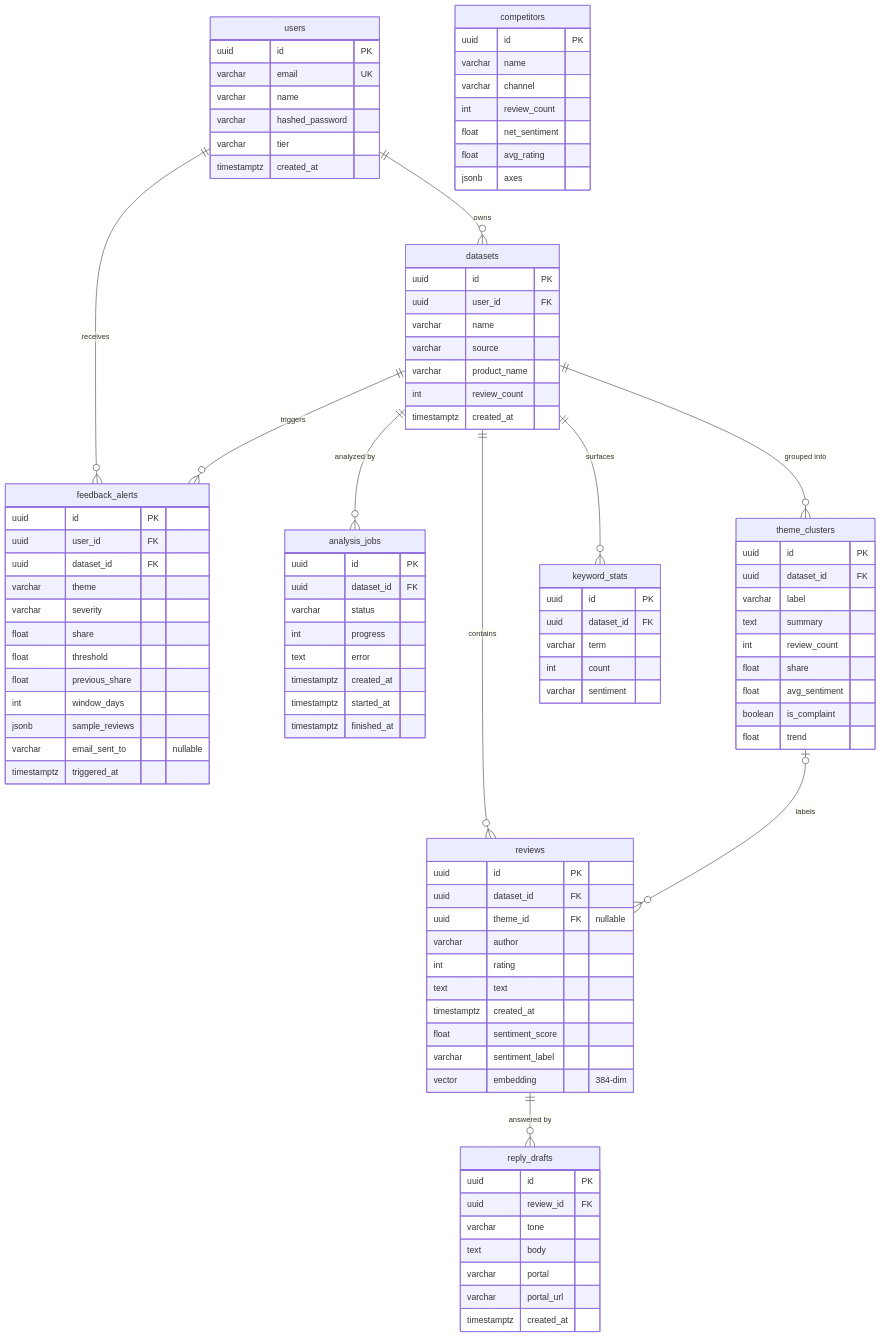
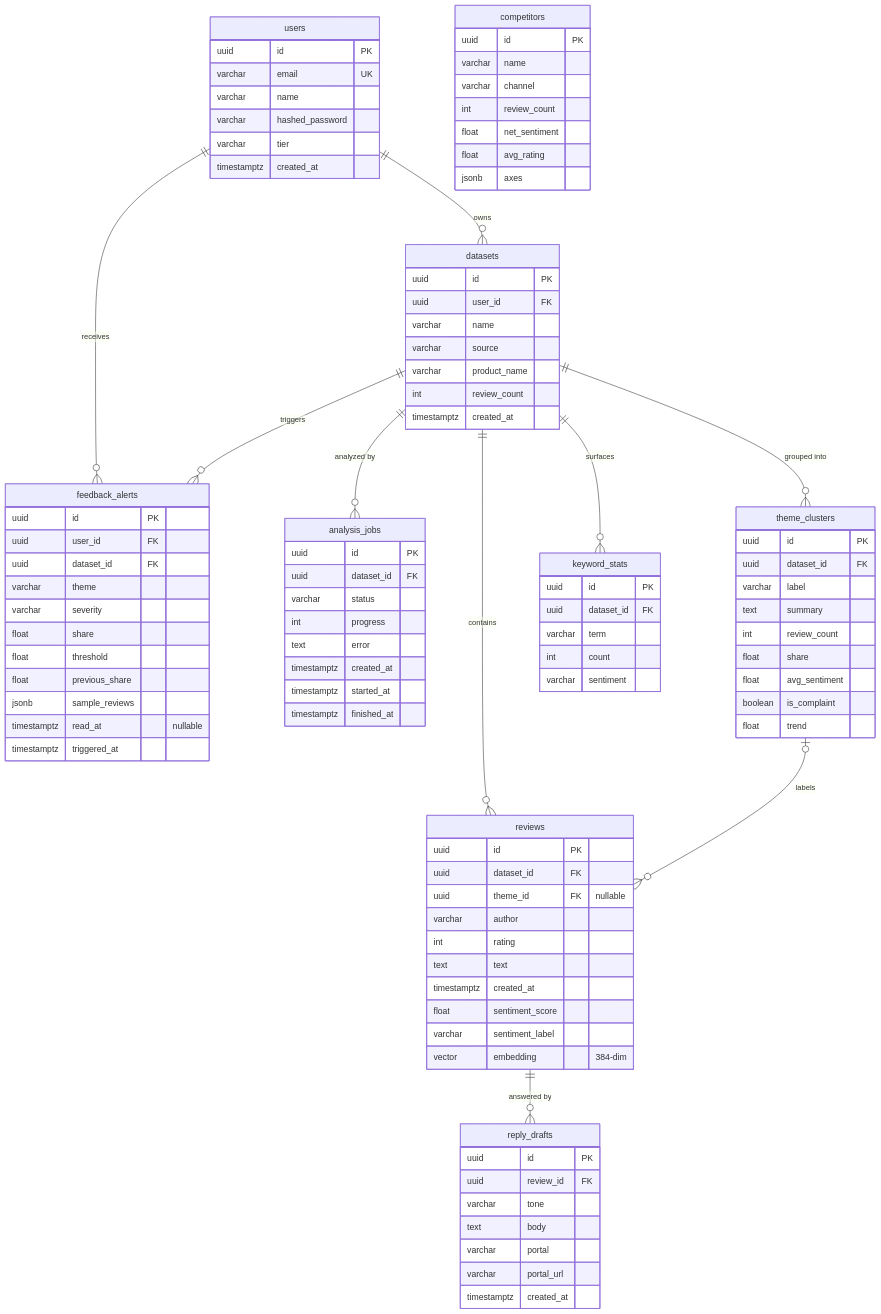
Before and after one commit to Yinan920/Capstone: the diagram in docs/db-design.md, drawn with Mermaid. The commit also changed other lines of this file and 47 other files, not shown here.

```diff
--- a/docs/db-design.md
+++ b/docs/db-design.md
@@ -92,9 +92,8 @@
         float share
         float threshold
         float previous_share
-        int window_days
         jsonb sample_reviews
-        varchar email_sent_to "nullable"
+        timestamptz read_at "nullable"
         timestamptz triggered_at
     }
     competitors {
```
